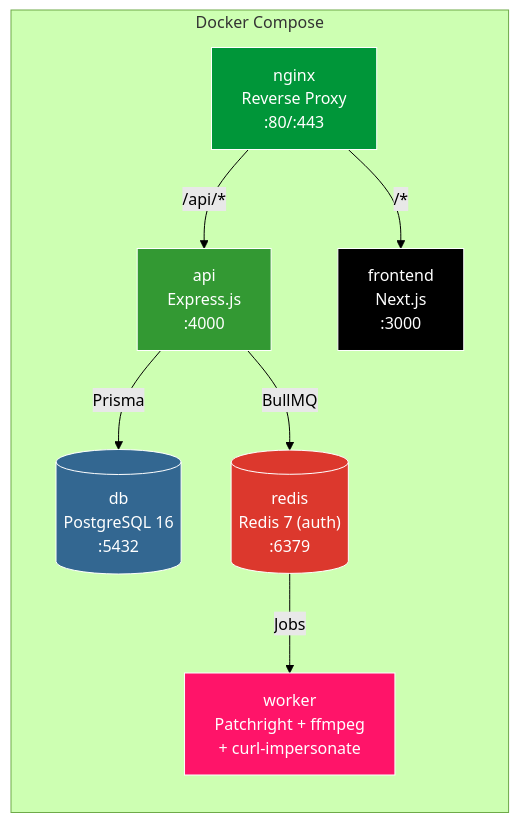
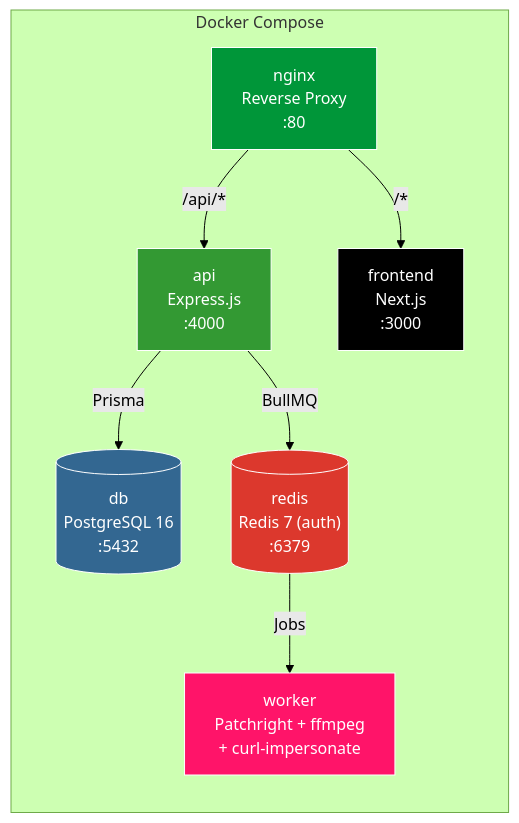
One commit to simu-lacrum/melonitymedia changed the third of 6 diagrams in README.md. Above: the diagram before and after it, drawn with Mermaid (forest theme). The commit also changed other lines of this file and 43 other files, not shown here.

Commit message:
fix: harden upload publication flow

````diff
--- a/README.md
+++ b/README.md
@@ -322,24 +322,24 @@
 ```mermaid
 graph LR
     subgraph Docker Compose
-        NGX["nginx<br/>Reverse Proxy<br/>:80/:443"]
+        NGX["nginx<br/>Reverse Proxy<br/>:80"]
         DB[("db<br/>PostgreSQL 16<br/>:5432")]
         RD[("redis<br/>Redis 7 (auth)<br/>:6379")]
         API[api<br/>Express.js<br/>:4000]
         WEB[frontend<br/>Next.js<br/>:3000]
         WK["worker<br/>Patchright + ffmpeg<br/>+ curl-impersonate"]
     end
 
     NGX -->|/api/*| API
     NGX -->|/*| WEB
     API -->|Prisma| DB
     API -->|BullMQ| RD
     RD -->|Jobs| WK
 
     style NGX fill:#009639,stroke:#fff,color:#fff
     style DB fill:#336791,stroke:#fff,color:#fff
     style RD fill:#DC382D,stroke:#fff,color:#fff
     style API fill:#339933,stroke:#fff,color:#fff
     style WEB fill:#000,stroke:#fff,color:#fff
     style WK fill:#ff1469,stroke:#fff,color:#fff
 ```
````
